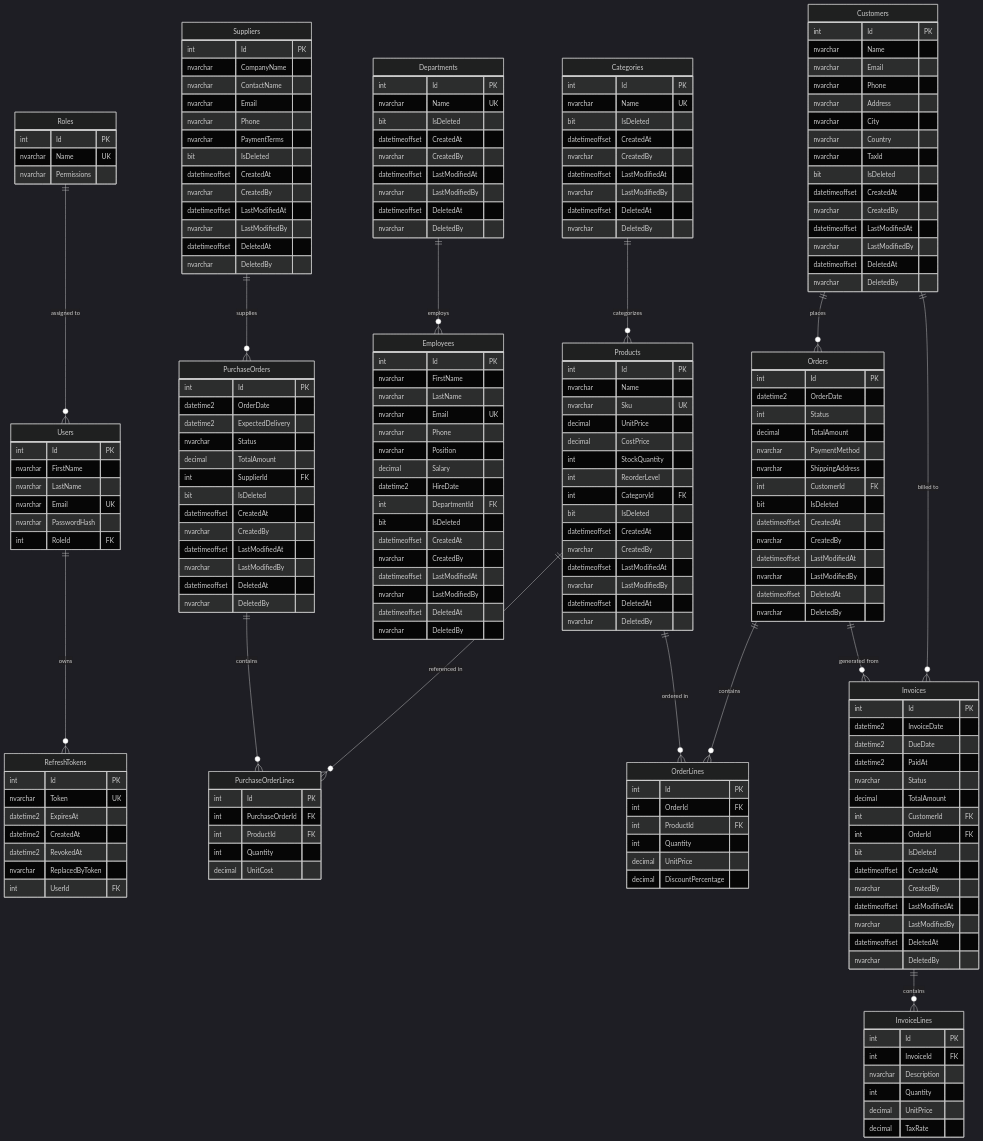
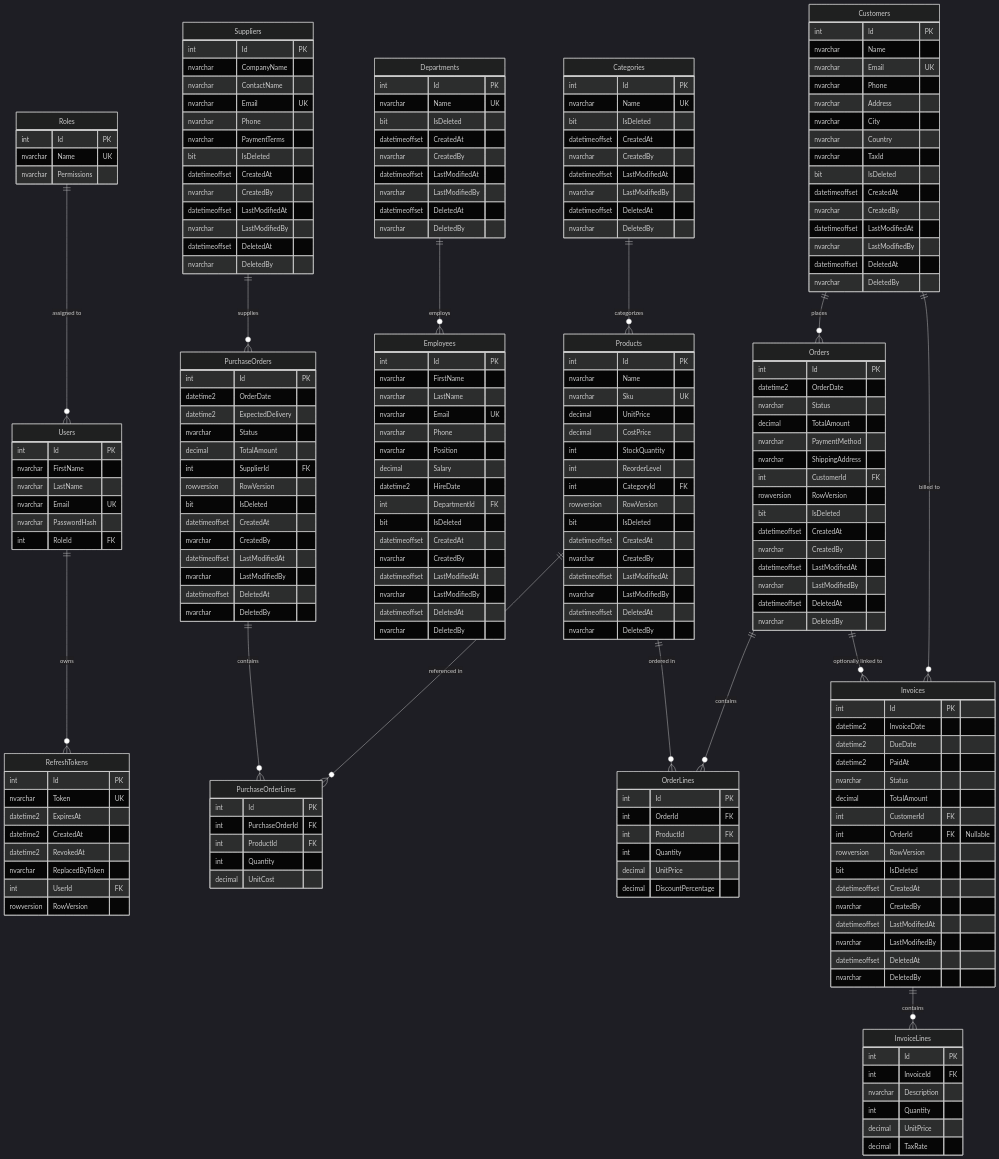
The second of 2 diagrams in README.md (Khaled91067/ERP-Management-System), drawn with Mermaid (dark theme) before and after one commit. The commit also changed other lines of this file and 2 other files, not shown here.

First line of the commit message:
chore(infra): configure nginx api proxy, gitignore, and architecture docs

````diff
--- a/README.md
+++ b/README.md
@@ -104,6 +116,7 @@
         datetime2 RevokedAt
         nvarchar ReplacedByToken
         int UserId FK
+        rowversion RowVersion
     }
 
     %% Catalog & Inventory
@@ -128,6 +141,7 @@
         int StockQuantity
         int ReorderLevel
         int CategoryId FK
+        rowversion RowVersion
         bit IsDeleted
         datetimeoffset CreatedAt
         nvarchar CreatedBy
@@ -174,7 +188,7 @@
         int Id PK
         nvarchar CompanyName
         nvarchar ContactName
-        nvarchar Email
+        nvarchar Email UK
         nvarchar Phone
         nvarchar PaymentTerms
         bit IsDeleted
@@ -193,6 +207,7 @@
         nvarchar Status
         decimal TotalAmount
         int SupplierId FK
+        rowversion RowVersion
         bit IsDeleted
         datetimeoffset CreatedAt
         nvarchar CreatedBy
@@ -214,7 +229,7 @@
     Customers {
         int Id PK
         nvarchar Name
-        nvarchar Email
+        nvarchar Email UK
         nvarchar Phone
         nvarchar Address
         nvarchar City
@@ -232,11 +247,12 @@
     Orders {
         int Id PK
         datetime2 OrderDate
-        int Status
+        nvarchar Status
         decimal TotalAmount
         nvarchar PaymentMethod
         nvarchar ShippingAddress
         int CustomerId FK
+        rowversion RowVersion
         bit IsDeleted
         datetimeoffset CreatedAt
         nvarchar CreatedBy
@@ -264,7 +280,8 @@
         nvarchar Status
         decimal TotalAmount
         int CustomerId FK
-        int OrderId FK
+        int OrderId FK "Nullable"
+        rowversion RowVersion
         bit IsDeleted
         datetimeoffset CreatedAt
         nvarchar CreatedBy
@@ -300,6 +317,6 @@
     Products ||--o{ OrderLines : "ordered in"
 
     Customers ||--o{ Invoices : "billed to"
-    Orders ||--o{ Invoices : "generated from"
+    Orders ||--o{ Invoices : "optionally linked to"
     Invoices ||--o{ InvoiceLines : "contains"
 ```
````
